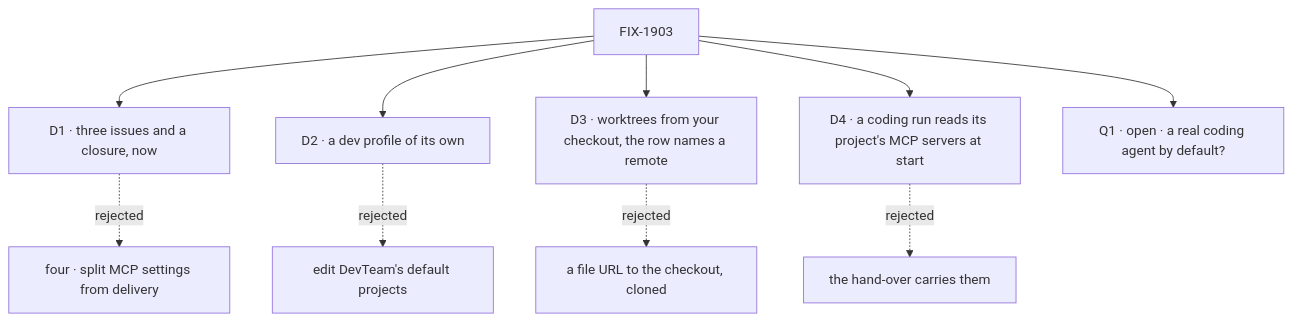
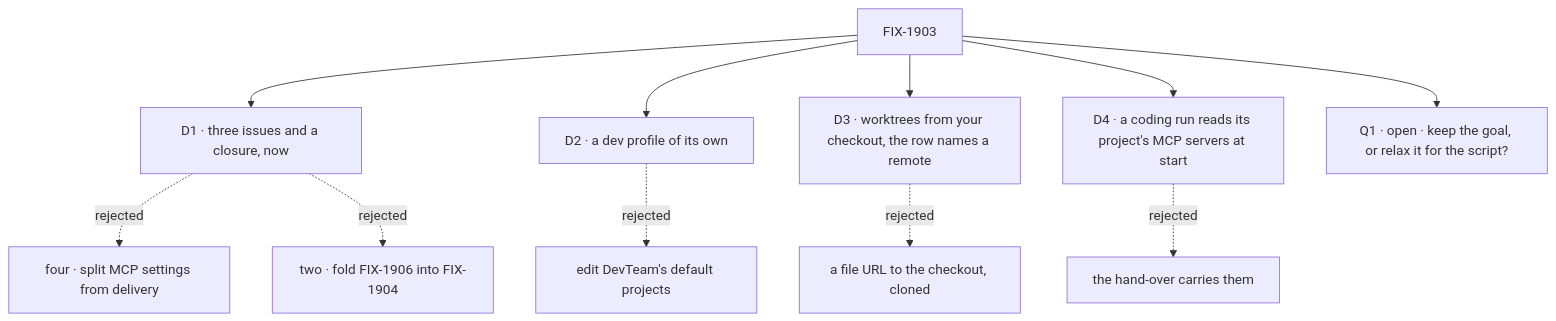
Before and after one commit to fixpoint-labs/flow-state-dev: the diagram in specs/epics/FIX-1903/DECISIONS.md, drawn with Mermaid. The commit also changed other lines of this file and 11 other files, not shown here.

````diff
--- a/specs/epics/FIX-1903/DECISIONS.md
+++ b/specs/epics/FIX-1903/DECISIONS.md
@@ -11,12 +11,13 @@
 ```mermaid
 flowchart TD
   E["FIX-1903"] --> D1["D1 · three issues and a closure, now"]
   D1 -.->|"rejected"| X1["four · split MCP settings from delivery"]
+  D1 -.->|"rejected"| X5["two · fold FIX-1906 into FIX-1904"]
   E --> D2["D2 · a dev profile of its own"]
   D2 -.->|"rejected"| X2["edit DevTeam's default projects"]
   E --> D3["D3 · worktrees from your checkout, the row names a remote"]
   D3 -.->|"rejected"| X3["a file URL to the checkout, cloned"]
   E --> D4["D4 · a coding run reads its project's MCP servers at start"]
   D4 -.->|"rejected"| X4["the hand-over carries them"]
-  E --> Q1["Q1 · open · a real coding agent by default?"]
+  E --> Q1["Q1 · open · keep the goal, or relax it for the script?"]
 ```
````
